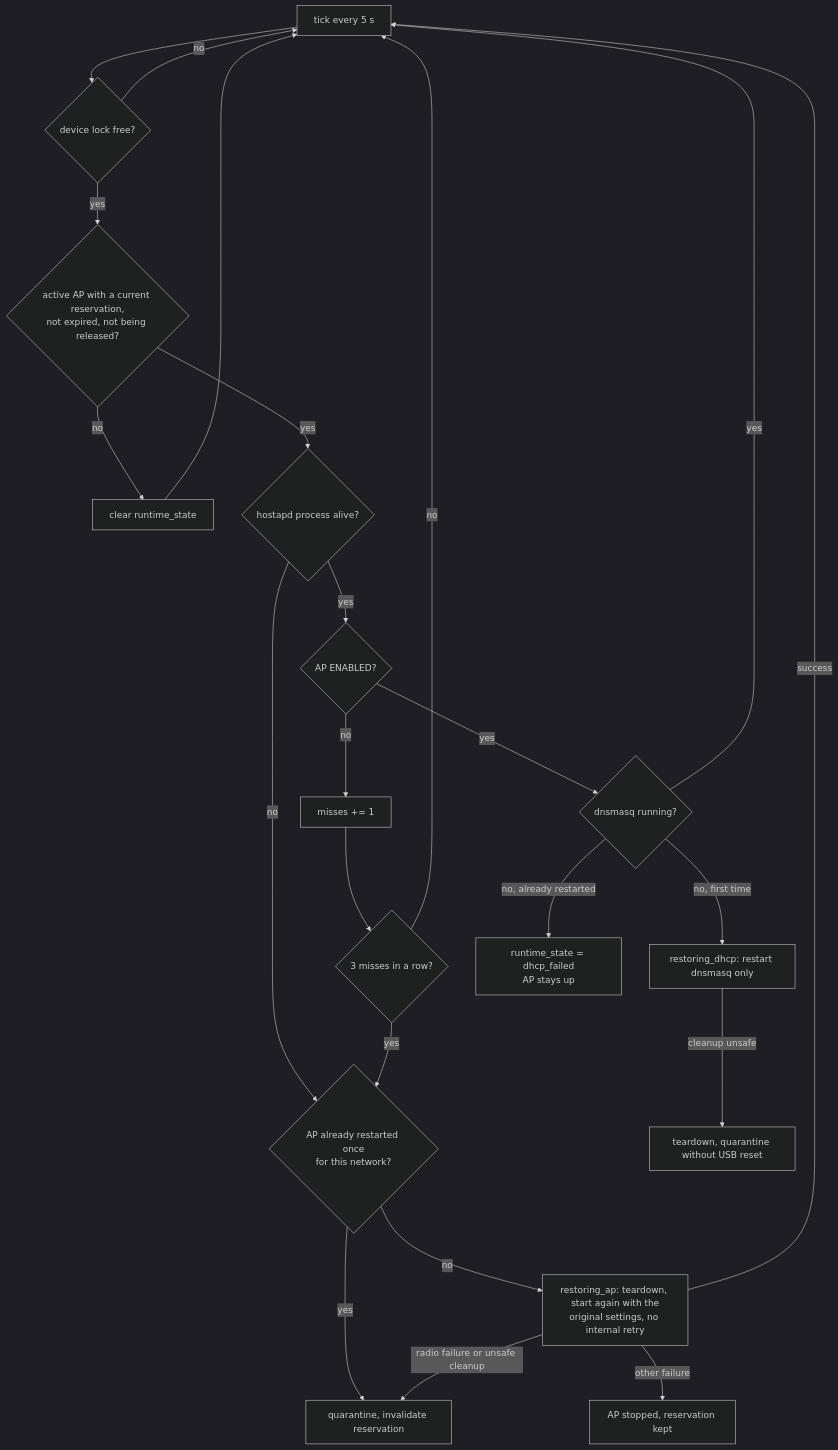
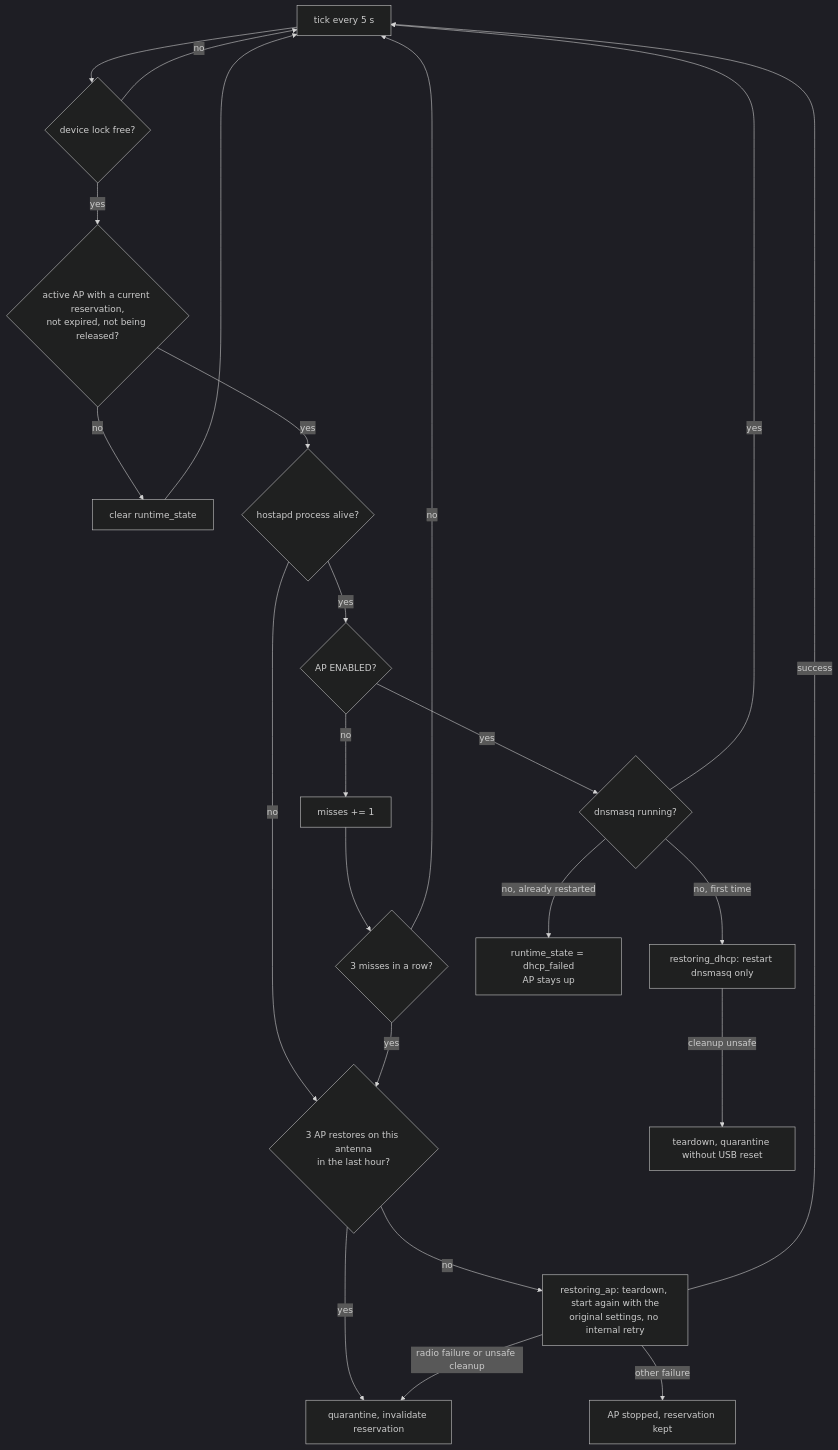
Before and after one commit to caporalesimone/wi-lab: diagram 11 of 14 in docs/architecture.md, drawn with Mermaid (dark theme). The commit also changed other lines of this file and 8 other files, not shown here.

First line of the commit message:
fix(watchdog): allow up to 3 AP restores per hour per antenna (WD-1)

````diff
--- a/docs/architecture.md
+++ b/docs/architecture.md
@@ -584,24 +584,24 @@
 ```mermaid
 flowchart TD
     T["tick every 5 s"] --> L{"device lock free?"}
     L -->|no| T
     L -->|yes| A{"active AP with a current reservation,<br/>not expired, not being released?"}
     A -->|no| CLR["clear runtime_state"] --> T
     A -->|yes| P{"hostapd process alive?"}
     P -->|no| RA
     P -->|yes| E{"AP ENABLED?"}
     E -->|no| M["misses += 1"] --> M3{"3 misses in a row?"}
     M3 -->|no| T
     M3 -->|yes| RA
     E -->|yes| DH{"dnsmasq running?"}
     DH -->|yes| T
     DH -->|"no, first time"| RD["restoring_dhcp: restart dnsmasq only"]
     DH -->|"no, already restarted"| DF["runtime_state = dhcp_failed<br/>AP stays up"]
-    RA{"AP already restarted once<br/>for this network?"}
+    RA{"3 AP restores on this antenna<br/>in the last hour?"}
     RA -->|no| RS["restoring_ap: teardown, start again with the<br/>original settings, no internal retry"]
     RA -->|yes| Q["quarantine, invalidate reservation"]
     RS -->|success| T
     RS -->|"radio failure or unsafe cleanup"| Q
     RS -->|"other failure"| STOP["AP stopped, reservation kept"]
     RD -->|"cleanup unsafe"| Q2["teardown, quarantine without USB reset"]
 ```
````
